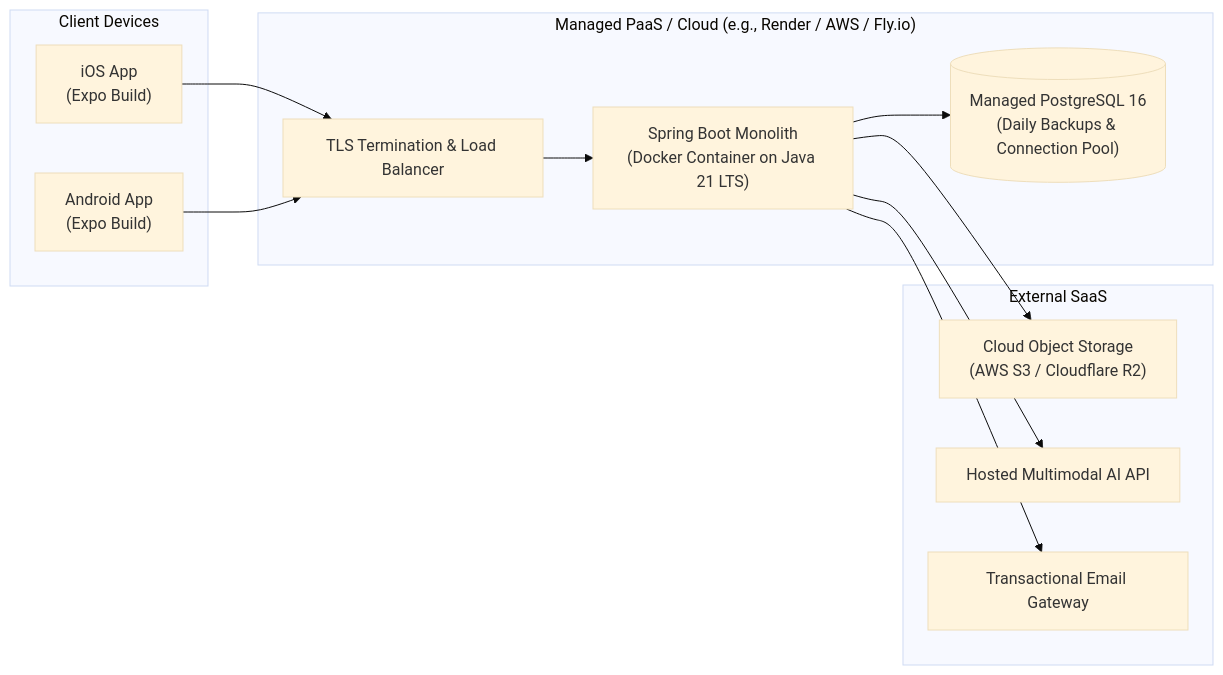
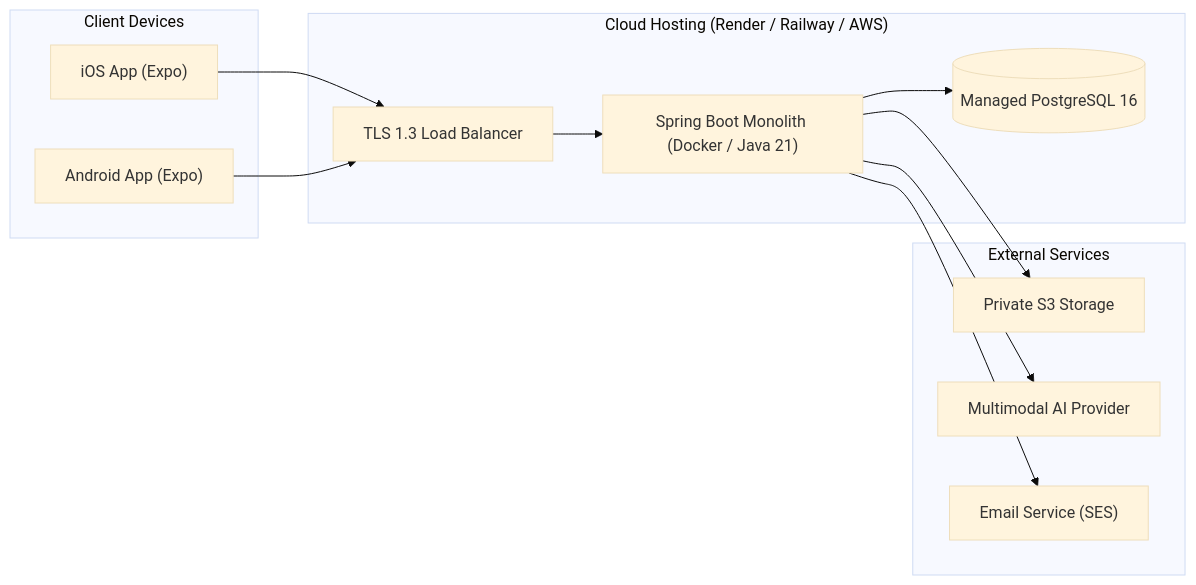
One commit to ShaileshKumar007/GroomAi changed the eighth of 8 diagrams in docs/ARCHITECTURE.md. Above: the diagram before and after it, drawn with Mermaid (base theme). The commit also changed other lines of this file and 8 other files, not shown here.

````diff
--- a/docs/ARCHITECTURE.md
+++ b/docs/ARCHITECTURE.md
@@ -348,27 +369,27 @@
 ```mermaid
 graph LR
     subgraph ClientDevices ["Client Devices"]
-        iOS["iOS App\n(Expo Build)"]
-        Android["Android App\n(Expo Build)"]
+        iOS["iOS App (Expo)"]
+        Android["Android App (Expo)"]
     end
 
-    subgraph CloudHosting ["Managed PaaS / Cloud (e.g., Render / AWS / Fly.io)"]
-        LB["TLS Termination & Load Balancer"]
-        AppContainer["Spring Boot Monolith\n(Docker Container on Java 21 LTS)"]
-        ManagedDB[("Managed PostgreSQL 16\n(Daily Backups & Connection Pool)")]
+    subgraph ManagedHosting ["Cloud Hosting (Render / Railway / AWS)"]
+        LB["TLS 1.3 Load Balancer"]
+        App["Spring Boot Monolith (Docker / Java 21)"]
+        Postgres[("Managed PostgreSQL 16")]
     end
 
-    subgraph ExternalSaaS ["External SaaS"]
-        S3Storage["Cloud Object Storage\n(AWS S3 / Cloudflare R2)"]
-        AIModel["Hosted Multimodal AI API"]
-        EmailService["Transactional Email Gateway"]
+    subgraph ExternalServices ["External Services"]
+        S3["Private S3 Storage"]
+        AI["Multimodal AI Provider"]
+        Email["Email Service (SES)"]
     end
 
     iOS --> LB
     Android --> LB
-    LB --> AppContainer
-    AppContainer --> ManagedDB
-    AppContainer --> S3Storage
-    AppContainer --> AIModel
-    AppContainer --> EmailService
+    LB --> App
+    App --> Postgres
+    App --> S3
+    App --> AI
+    App --> Email
 ```
````
